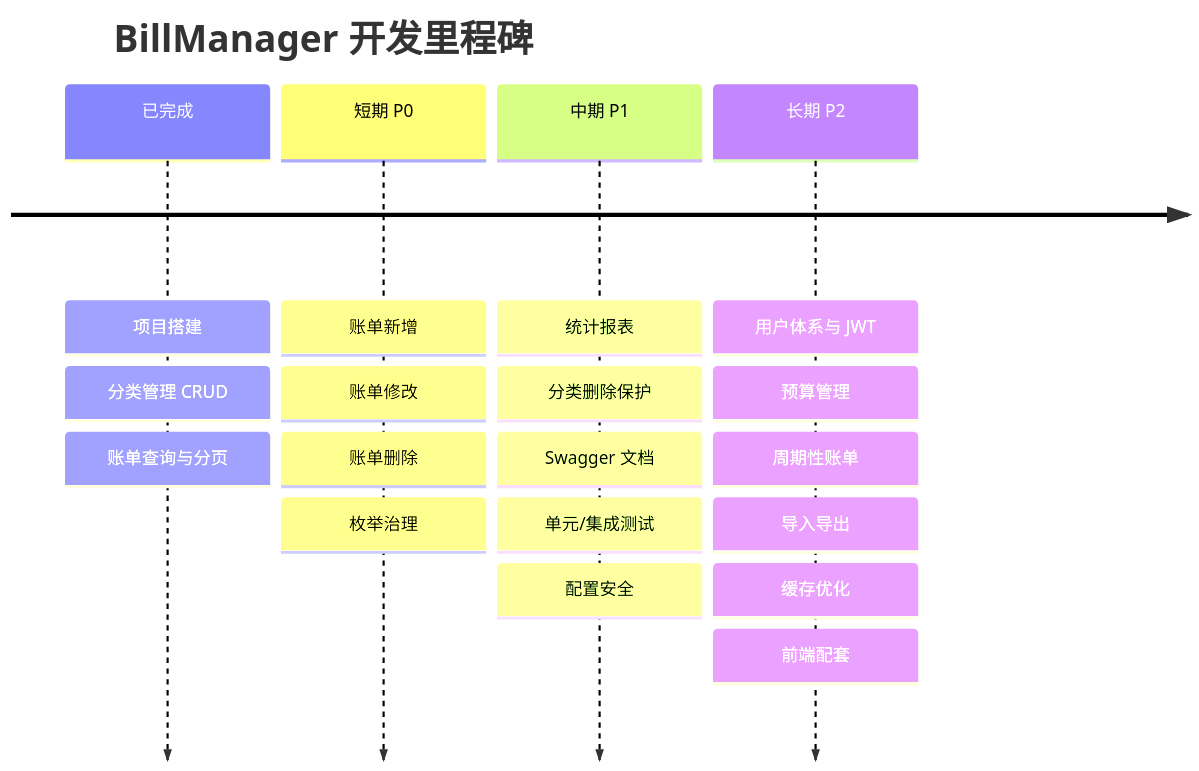
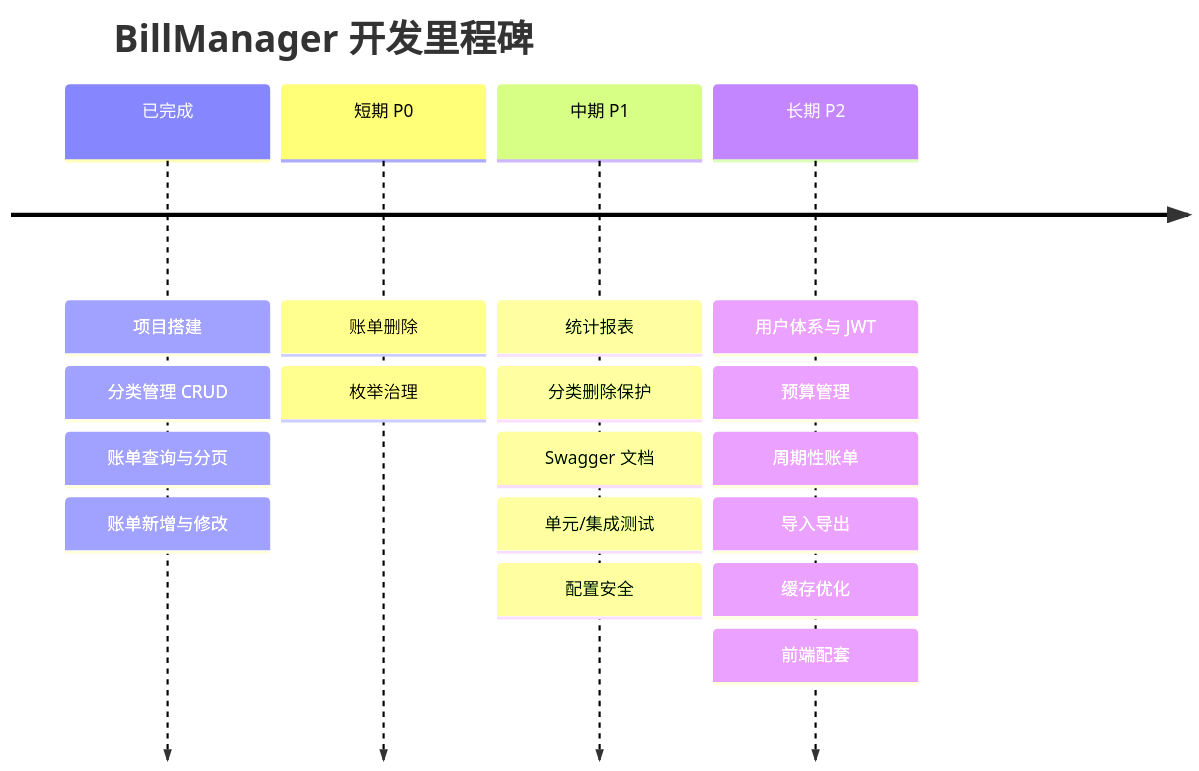
Before and after one commit to 19604557341/BillManager: the diagram in docs/未来开发规划.md, drawn with Mermaid. The commit also changed other lines of this file and 21 other files, not shown here.

Commit message:
新增： 账单新增，账单修改，更加详细的中文注释

````diff
--- a/docs/未来开发规划.md
+++ b/docs/未来开发规划.md
@@ -112,8 +112,8 @@
 ```mermaid
 timeline
     title BillManager 开发里程碑
-    已完成 : 项目搭建 : 分类管理 CRUD : 账单查询与分页
-    短期 P0 : 账单新增 : 账单修改 : 账单删除 : 枚举治理
+    已完成 : 项目搭建 : 分类管理 CRUD : 账单查询与分页 : 账单新增与修改
+    短期 P0 : 账单删除 : 枚举治理
     中期 P1 : 统计报表 : 分类删除保护 : Swagger 文档 : 单元/集成测试 : 配置安全
     长期 P2 : 用户体系与 JWT : 预算管理 : 周期性账单 : 导入导出 : 缓存优化 : 前端配套
 ```
````
